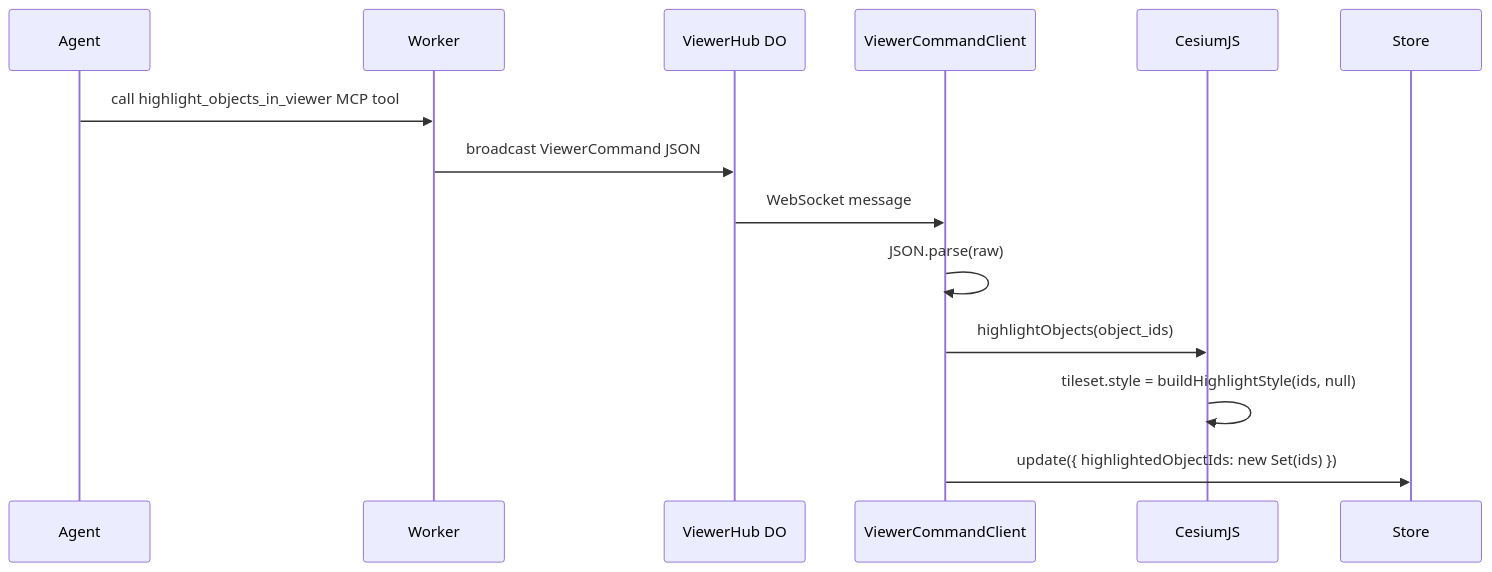
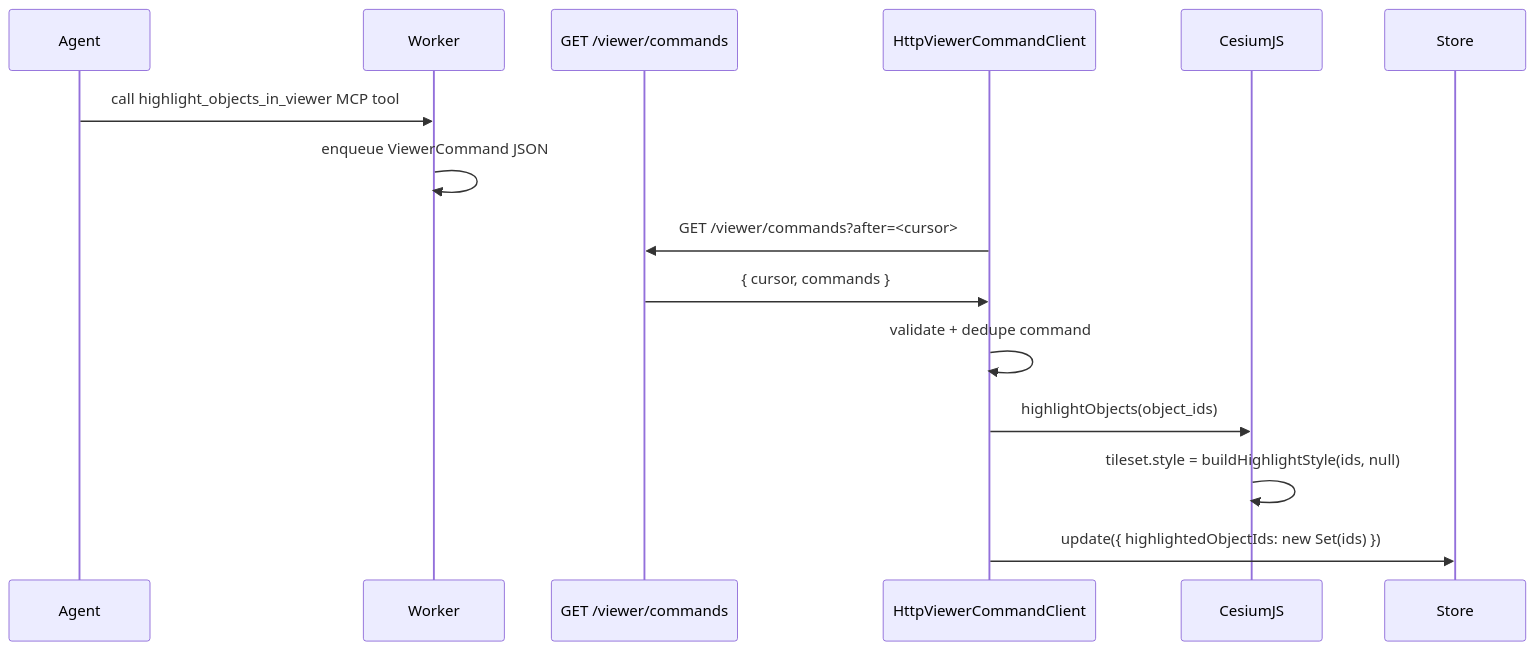
Before and after one commit to TileGraphAgent/TileGraphAgent: the seventh of 11 diagrams in apps/tilegraphviewer/cesiumjs_viewer_architecture.md, drawn with Mermaid. The commit also changed other lines of this file and 8 other files, not shown here.

Commit message:
change from websocket to http api

````diff
--- a/apps/tilegraphviewer/cesiumjs_viewer_architecture.md
+++ b/apps/tilegraphviewer/cesiumjs_viewer_architecture.md
@@ -514,17 +510,18 @@
 ```mermaid
 sequenceDiagram
     participant Agent
     participant Worker
-    participant ViewerHub as ViewerHub DO
-    participant WSClient as ViewerCommandClient
+    participant CommandAPI as GET /viewer/commands
+    participant Client as HttpViewerCommandClient
     participant CesiumJS
     participant Store
 
     Agent->>Worker: call highlight_objects_in_viewer MCP tool
-    Worker->>ViewerHub: broadcast ViewerCommand JSON
-    ViewerHub->>WSClient: WebSocket message
-    WSClient->>WSClient: JSON.parse(raw)
-    WSClient->>CesiumJS: highlightObjects(object_ids)
+    Worker->>Worker: enqueue ViewerCommand JSON
+    Client->>CommandAPI: GET /viewer/commands?after=<cursor>
+    CommandAPI->>Client: { cursor, commands }
+    Client->>Client: validate + dedupe command
+    Client->>CesiumJS: highlightObjects(object_ids)
     CesiumJS->>CesiumJS: tileset.style = buildHighlightStyle(ids, null)
-    WSClient->>Store: update({ highlightedObjectIds: new Set(ids) })
+    Client->>Store: update({ highlightedObjectIds: new Set(ids) })
 ```
````
